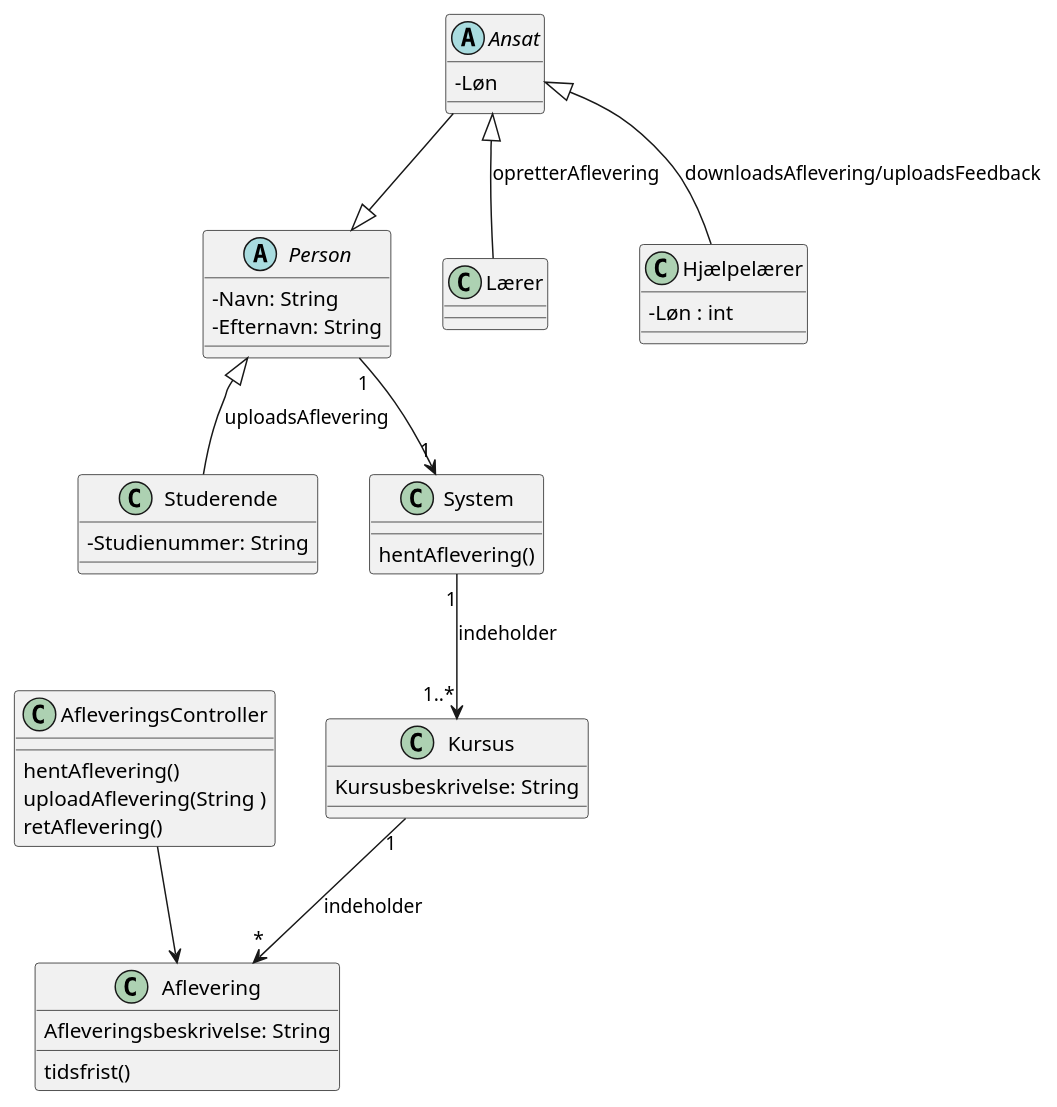
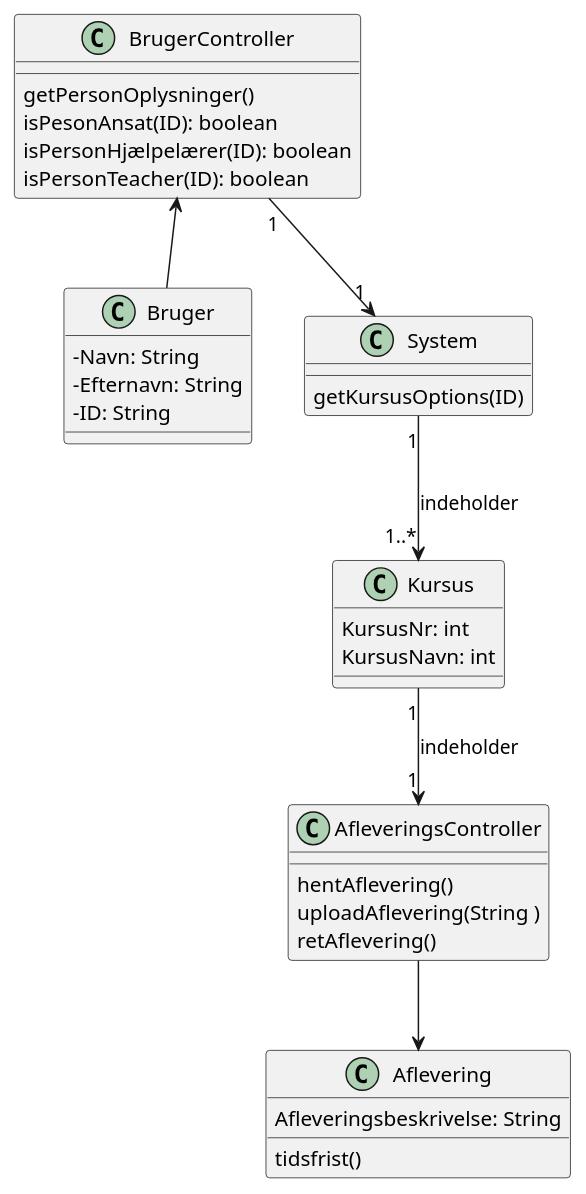
One commit to SkumJustEatMe/Ugeopgaver changed the diagram in DesignClassDiagram/src/Ugeopgave6.puml. Above: the diagram before and after it, drawn with PlantUML.

Commit message:
updated DCD

```diff
--- a/DesignClassDiagram/src/Ugeopgave6.puml
+++ b/DesignClassDiagram/src/Ugeopgave6.puml
@@ -1,52 +1,44 @@
 @startuml
 skinparam classAttributeIconSize 0
-
-Abstract Person{
-- Navn: String
-- Efternavn: String
+class BrugerController{
+getPersonOplysninger()
+isPesonAnsat(ID): boolean
+isPersonHjælpelærer(ID): boolean
+isPersonTeacher(ID): boolean
+}
+class Bruger{
+-Navn: String
+-Efternavn: String
+-ID: String
 }
 
-Class AfleveringsController{
+class AfleveringsController{
 hentAflevering()
 uploadAflevering(String )
 retAflevering()
 }
 
-
-Abstract Ansat{
--Løn
-}
-class Lærer{
-
-}
-class Hjælpelærer{
-- Løn : int
-}
 class Aflevering{
 Afleveringsbeskrivelse: String
 tidsfrist()
-}
-class Studerende{
-- Studienummer: String
-}
-class Kursus{
-Kursusbeskrivelse: String
 
 }
 class System{
 
-hentAflevering()
+getKursusOptions(ID)
 
 }
-Person <|-- Studerende : uploadsAflevering
-Ansat <|-- Lærer : opretterAflevering
-Ansat <|-- Hjælpelærer :downloadsAflevering/uploadsFeedback
-Ansat --|> Person
-Kursus"1" --> "*"Aflevering :indeholder
+class Kursus{
+KursusNr: int
+KursusNavn: int
+
+}
+BrugerController <-- Bruger
+Kursus"1" --> "1"AfleveringsController :indeholder
 System"1" --> "1..*"Kursus: indeholder
-Person "1" --> "1" System
+BrugerController "1" --> "1" System
 AfleveringsController --> Aflevering
 
 
 
 @enduml
```
